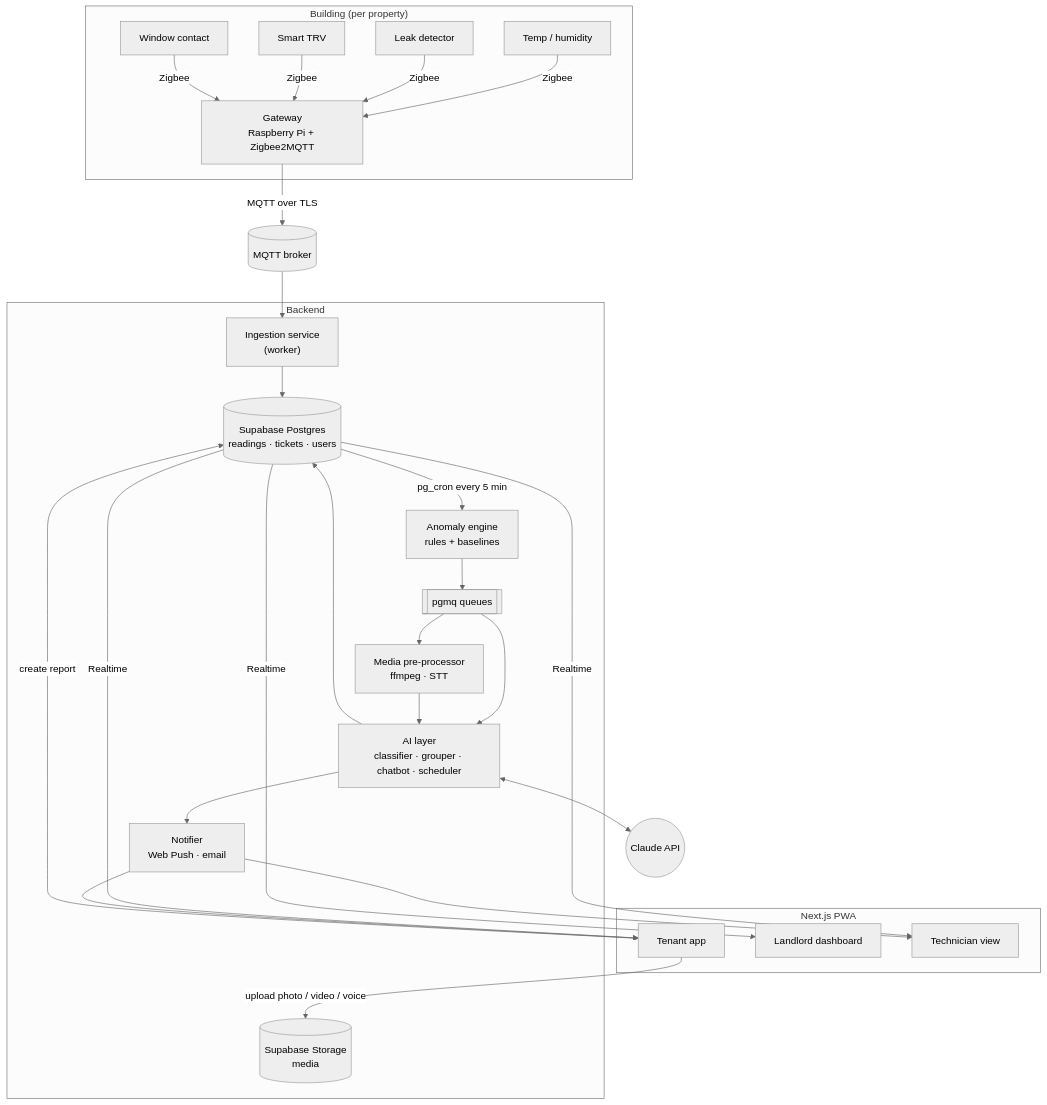
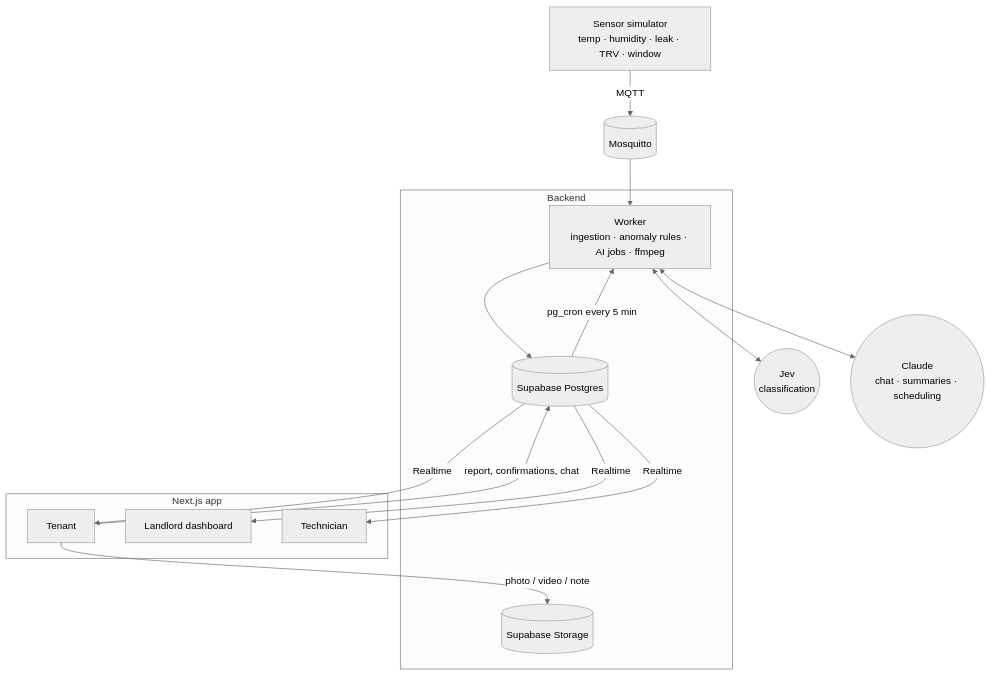
The second of 4 diagrams in architecture.md (lepn202/DT-GroupProject), drawn with Mermaid (neutral theme) before and after one commit. The commit also changed other lines of this file, not shown here.

First line of the commit message:
Simplify architecture for prototype scope and add Jev classification

````diff
--- a/architecture.md
+++ b/architecture.md
@@ -74,40 +71,26 @@
 ```mermaid
 flowchart TB
-    subgraph Building["Building (per property)"]
-        S1[Temp / humidity] & S2[Leak detector] & S3[Smart TRV] & S4[Window contact]
-        GW["Gateway<br/>Raspberry Pi + Zigbee2MQTT"]
-        S1 & S2 & S3 & S4 -- Zigbee --> GW
+    SIM["Sensor simulator<br/>temp · humidity · leak · TRV · window"]
+    SIM -- MQTT --> BROKER[(Mosquitto)]
+
+    subgraph Backend
+        WK["Worker<br/>ingestion · anomaly rules · AI jobs · ffmpeg"]
+        PG[("Supabase Postgres")]
+        ST[("Supabase Storage")]
     end
 
-    GW -- "MQTT over TLS" --> BROKER[(MQTT broker)]
+    BROKER --> WK --> PG
+    PG -- "pg_cron every 5 min" --> WK
+    WK <--> JEV(("Jev<br/>classification"))
+    WK <--> CLAUDE(("Claude<br/>chat · summaries · scheduling"))
 
-    subgraph Backend
-        ING["Ingestion service<br/>(worker)"]
-        PG[("Supabase Postgres<br/>readings · tickets · users")]
-        ST[("Supabase Storage<br/>media")]
-        Q[["pgmq queues"]]
-        ANOM["Anomaly engine<br/>rules + baselines"]
-        MEDIA["Media pre-processor<br/>ffmpeg · STT"]
-        AIL["AI layer<br/>classifier · grouper · chatbot · scheduler"]
-        NOTIF["Notifier<br/>Web Push · email"]
+    subgraph App["Next.js app"]
+        TEN[Tenant]
+        LL[Landlord dashboard]
+        TECH[Technician]
     end
 
-    BROKER --> ING --> PG
-    PG -- "pg_cron every 5 min" --> ANOM --> Q
-    Q --> AIL
-    Q --> MEDIA --> AIL
-    AIL <--> CLAUDE(("Claude API"))
-    AIL --> PG
-    AIL --> NOTIF
-
-    subgraph Clients["Next.js PWA"]
-        TEN[Tenant app]
-        LL[Landlord dashboard]
-        TECH[Technician view]
-    end
-
-    TEN -- "upload photo / video / voice" --> ST
-    TEN -- "create report" --> PG
-    PG -- Realtime --> LL & TECH & TEN
-    NOTIF --> TEN & TECH
+    TEN -- "photo / video / note" --> ST
+    TEN -- "report, confirmations, chat" --> PG
+    PG -- Realtime --> TEN & LL & TECH
 ```
````
